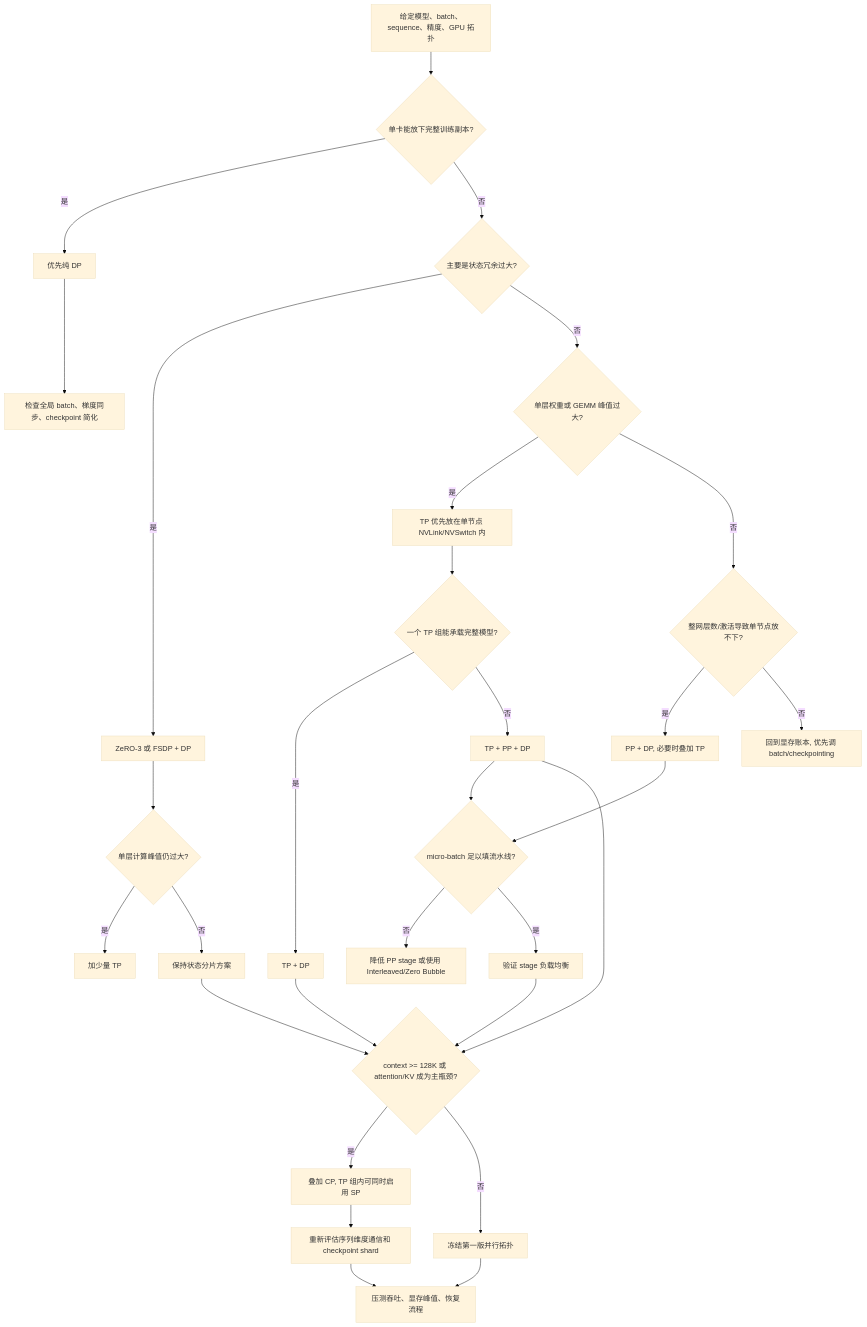
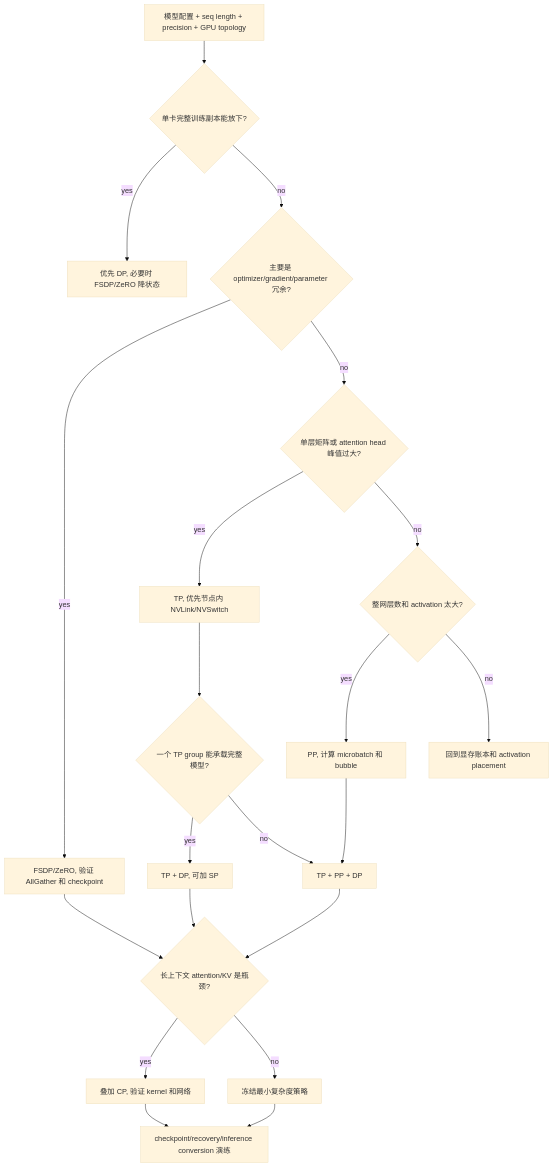
One commit to qxhy123/learn changed the second of 2 diagrams in ai-infra-tutorial/part3-training-infra/09-model-pipeline-parallel.md. Above: the diagram before and after it, drawn with Mermaid (base theme). The commit also changed other lines of this file and 19 other files, not shown here.

````diff
--- a/ai-infra-tutorial/part3-training-infra/09-model-pipeline-parallel.md
+++ b/ai-infra-tutorial/part3-training-infra/09-model-pipeline-parallel.md
@@ -331,32 +769,23 @@
 ```mermaid
 flowchart TD
-  A[给定模型、batch、sequence、精度、GPU 拓扑] --> B{单卡能放下完整训练副本?}
-  B -- 是 --> C[优先纯 DP]
-  C --> C1[检查全局 batch、梯度同步、checkpoint 简化]
-  B -- 否 --> D{主要是状态冗余过大?}
-  D -- 是 --> E[ZeRO-3 或 FSDP + DP]
-  E --> E1{单层计算峰值仍过大?}
-  E1 -- 是 --> F[加少量 TP]
-  E1 -- 否 --> G[保持状态分片方案]
-  D -- 否 --> H{单层权重或 GEMM 峰值过大?}
-  H -- 是 --> I[TP 优先放在单节点 NVLink/NVSwitch 内]
-  I --> J{一个 TP 组能承载完整模型?}
-  J -- 是 --> K[TP + DP]
-  J -- 否 --> L[TP + PP + DP]
-  H -- 否 --> M{整网层数/激活导致单节点放不下?}
-  M -- 是 --> N[PP + DP, 必要时叠加 TP]
-  M -- 否 --> O[回到显存账本, 优先调 batch/checkpointing]
-  L --> P{micro-batch 足以填流水线?}
-  N --> P
-  P -- 否 --> Q[降低 PP stage 或使用 Interleaved/Zero Bubble]
-  P -- 是 --> R[验证 stage 负载均衡]
-  G --> S{context >= 128K 或 attention/KV 成为主瓶颈?}
-  K --> S
-  L --> S
-  R --> S
-  S -- 是 --> T[叠加 CP, TP 组内可同时启用 SP]
-  S -- 否 --> U[冻结第一版并行拓扑]
-  T --> V[重新评估序列维度通信和 checkpoint shard]
-  U --> W[压测吞吐、显存峰值、恢复流程]
-  V --> W
+  A[模型配置 + seq length + precision + GPU topology] --> B{单卡完整训练副本能放下?}
+  B -- yes --> C[优先 DP, 必要时 FSDP/ZeRO 降状态]
+  B -- no --> D{主要是 optimizer/gradient/parameter 冗余?}
+  D -- yes --> E[FSDP/ZeRO, 验证 AllGather 和 checkpoint]
+  D -- no --> F{单层矩阵或 attention head 峰值过大?}
+  F -- yes --> G[TP, 优先节点内 NVLink/NVSwitch]
+  F -- no --> H{整网层数和 activation 太大?}
+  H -- yes --> I[PP, 计算 microbatch 和 bubble]
+  H -- no --> J[回到显存账本和 activation placement]
+  G --> K{一个 TP group 能承载完整模型?}
+  K -- yes --> L[TP + DP, 可加 SP]
+  K -- no --> M[TP + PP + DP]
+  I --> M
+  E --> N{长上下文 attention/KV 是瓶颈?}
+  L --> N
+  M --> N
+  N -- yes --> O[叠加 CP, 验证 kernel 和网络]
+  N -- no --> P[冻结最小复杂度策略]
+  O --> Q[checkpoint/recovery/inference conversion 演练]
+  P --> Q
 ```
````
